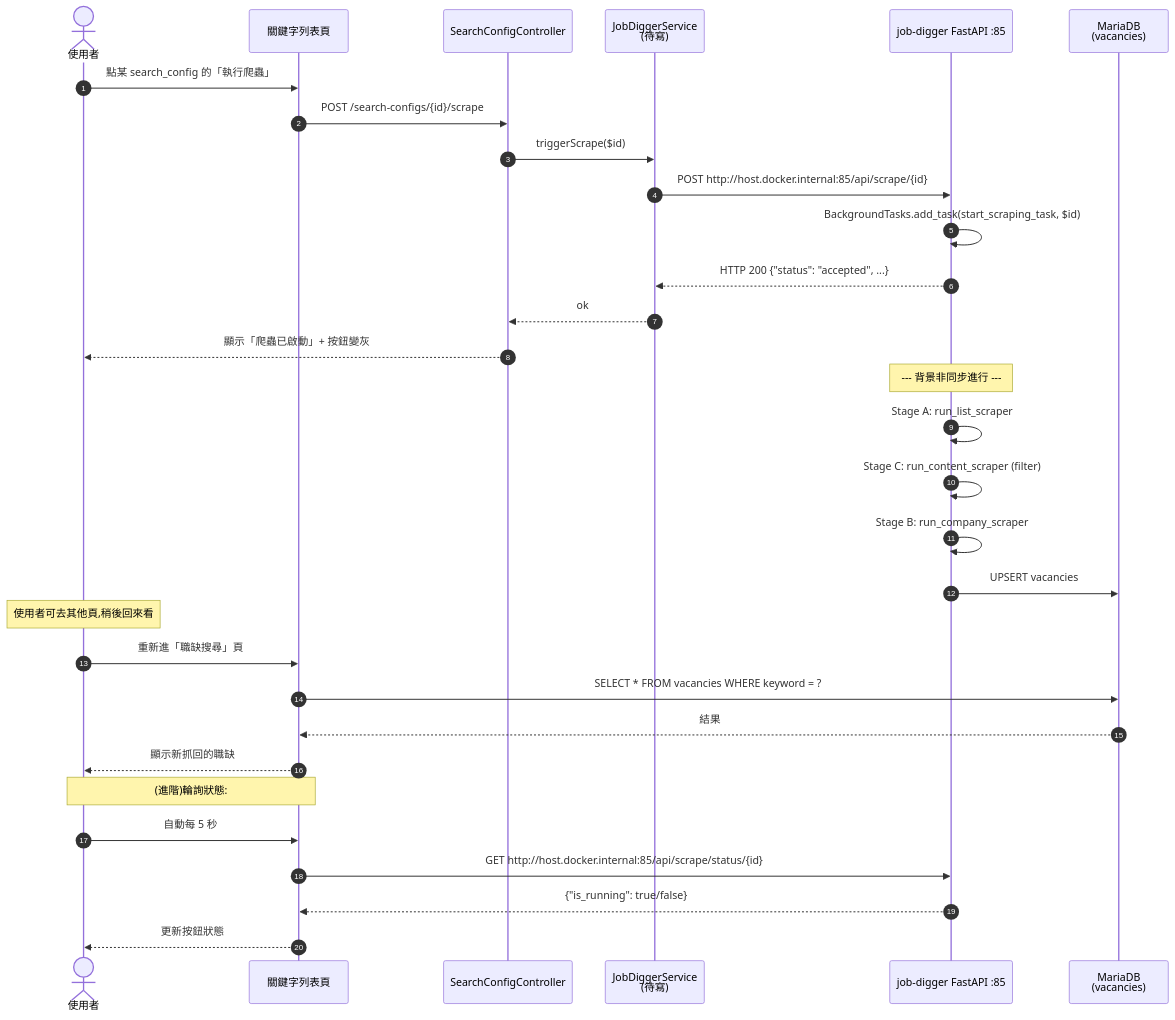
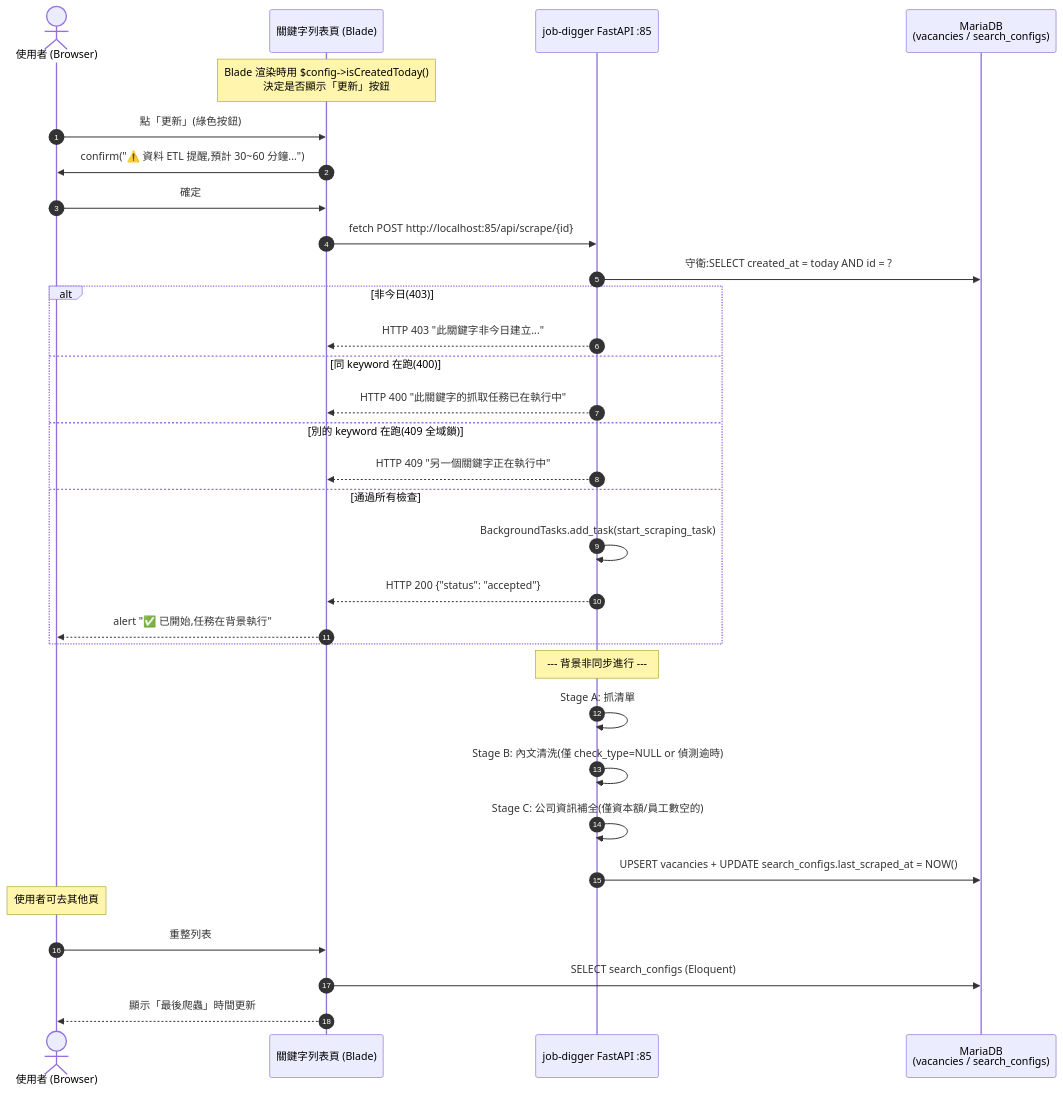
The third of 6 diagrams in docs/sequence-diagrams.md (jacky0996/job_digger_admin), drawn with Mermaid before and after one commit. The commit also changed other lines of this file and 16 other files, not shown here.

````diff
--- a/docs/sequence-diagrams.md
+++ b/docs/sequence-diagrams.md
@@ -124,38 +125,40 @@
 ```mermaid
 sequenceDiagram
     autonumber
-    actor U as 使用者
-    participant V as 關鍵字列表頁
-    participant C as SearchConfigController
-    participant J as JobDiggerService<br/>(待寫)
+    actor U as 使用者 (Browser)
+    participant V as 關鍵字列表頁 (Blade)
     participant API as job-digger FastAPI :85
-    participant DB as MariaDB<br/>(vacancies)
+    participant DB as MariaDB<br/>(vacancies / search_configs)
 
-    U->>V: 點某 search_config 的「執行爬蟲」
-    V->>C: POST /search-configs/{id}/scrape
-    C->>J: triggerScrape($id)
-    J->>API: POST http://host.docker.internal:85/api/scrape/{id}
+    Note over V: Blade 渲染時用 $config->isCreatedToday()<br/>決定是否顯示「更新」按鈕
 
-    API->>API: BackgroundTasks.add_task(start_scraping_task, $id)
-    API-->>J: HTTP 200 {"status": "accepted", ...}
-    J-->>C: ok
-    C-->>U: 顯示「爬蟲已啟動」+ 按鈕變灰
+    U->>V: 點「更新」(綠色按鈕)
+    V->>U: confirm("⚠️ 資料 ETL 提醒,預計 30~60 分鐘...")
+    U->>V: 確定
+
+    V->>API: fetch POST http://localhost:85/api/scrape/{id}
+    API->>DB: 守衛:SELECT created_at = today AND id = ?
+
+    alt 非今日(403)
+        API-->>V: HTTP 403 "此關鍵字非今日建立..."
+    else 同 keyword 在跑(400)
+        API-->>V: HTTP 400 "此關鍵字的抓取任務已在執行中"
+    else 別的 keyword 在跑(409 全域鎖)
+        API-->>V: HTTP 409 "另一個關鍵字正在執行中"
+    else 通過所有檢查
+        API->>API: BackgroundTasks.add_task(start_scraping_task)
+        API-->>V: HTTP 200 {"status": "accepted"}
+        V-->>U: alert "✅ 已開始,任務在背景執行"
+    end
 
     Note over API: --- 背景非同步進行 ---
-    API->>API: Stage A: run_list_scraper
-    API->>API: Stage C: run_content_scraper (filter)
-    API->>API: Stage B: run_company_scraper
-    API->>DB: UPSERT vacancies
+    API->>API: Stage A: 抓清單
+    API->>API: Stage B: 內文清洗(僅 check_type=NULL or 偵測逾時)
+    API->>API: Stage C: 公司資訊補全(僅資本額/員工數空的)
+    API->>DB: UPSERT vacancies + UPDATE search_configs.last_scraped_at = NOW()
 
-    Note over U: 使用者可去其他頁,稍後回來看
-    U->>V: 重新進「職缺搜尋」頁
-    V->>DB: SELECT * FROM vacancies WHERE keyword = ?
-    DB-->>V: 結果
-    V-->>U: 顯示新抓回的職缺
-
-    Note over U,V: (進階)輪詢狀態:
-    U->>V: 自動每 5 秒
-    V->>API: GET http://host.docker.internal:85/api/scrape/status/{id}
-    API-->>V: {"is_running": true/false}
-    V-->>U: 更新按鈕狀態
+    Note over U: 使用者可去其他頁
+    U->>V: 重整列表
+    V->>DB: SELECT search_configs (Eloquent)
+    V-->>U: 顯示「最後爬蟲」時間更新
 ```
````
